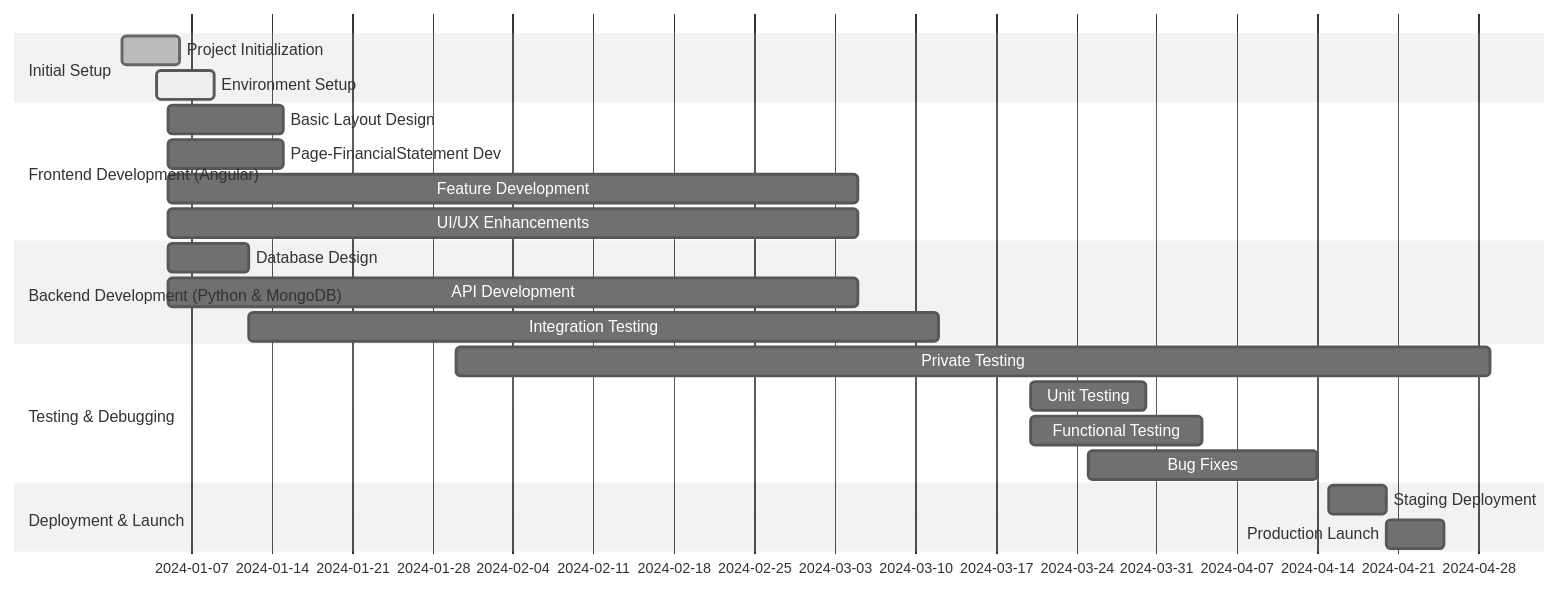
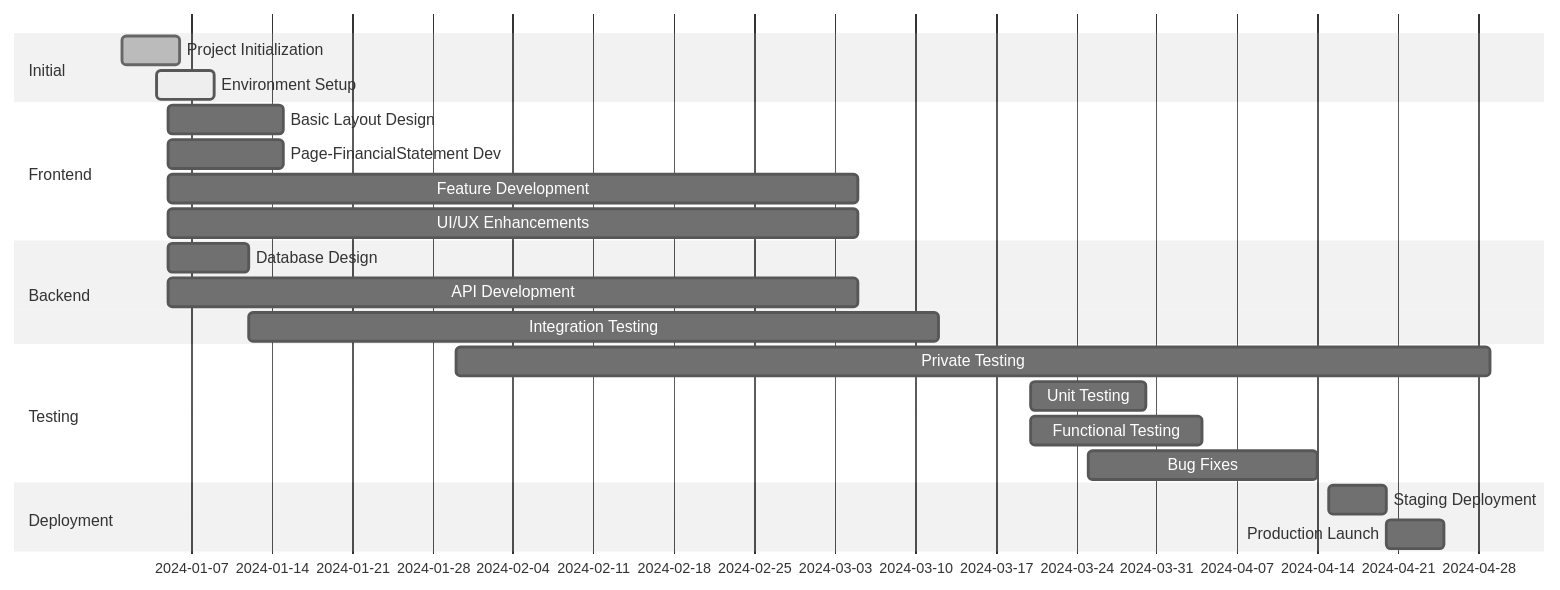
Before and after one commit to lumduan/fireball-ng: the first of 7 diagrams in README.md, drawn with Mermaid (neutral theme). The commit also changed other lines of this file, not shown here.

Commit message:
UPDATE: README.md

````diff
--- a/README.md
+++ b/README.md
@@ -4,31 +4,30 @@
 ```mermaid
 gantt
 
 dateFormat YYYY-MM-DD
 
-section Initial Setup
-Project Initialization :done, 2024-01-01, 5d
-Environment Setup     :active, after des1, 5d
+section Initial
+  Project Initialization :done, 2024-01-01, 5d
+  Environment Setup     :active, after des1, 5d
 
-section Frontend Development (Angular)
-Basic Layout Design   : 2024-01-05, 10d
+section Frontend
+  Basic Layout Design   : 2024-01-05, 10d
   Page-FinancialStatement Dev : 2024-01-05, 10d
-  
-Feature Development   : 2024-01-05, 60d
-UI/UX Enhancements    : 2024-01-05, 60d
+  Feature Development   : 2024-01-05, 60d
+  UI/UX Enhancements    : 2024-01-05, 60d
 
-section Backend Development (Python & MongoDB)
+section Backend
 Database Design       : 2024-01-05, 7d
 API Development       : 2024-01-05, 60d
 Integration Testing   : 2024-01-12, 60d
 
-section Testing & Debugging
+section Testing
 Private Testing : 2024-01-30, 90d
 Unit Testing          : 2024-03-20, 10d
 Functional Testing    : 2024-03-20, 15d
 Bug Fixes             :2024-03-25, 20d
 
-section Deployment & Launch
+section Deployment
 Staging Deployment    : 2024-04-15, 5d
 Production Launch     : 2024-04-20, 5d
 ```
````
